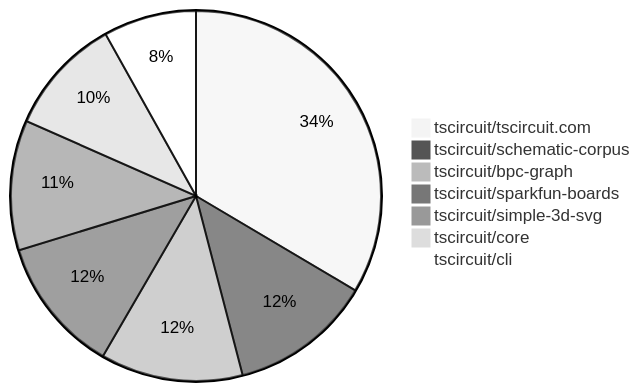
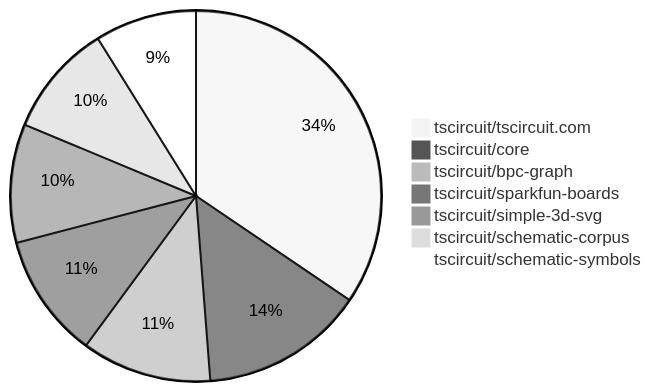
The second of 2 diagrams in README.md (tscircuit/contribution-tracker), drawn with Mermaid (neutral theme) before and after one commit. The commit also changed other lines of this file and 3 other files, not shown here.

````diff
--- a/README.md
+++ b/README.md
@@ -113,10 +113,10 @@
 ```mermaid
 pie
-    "tscircuit/tscircuit.com" : 62
-    "tscircuit/schematic-corpus" : 23
+    "tscircuit/tscircuit.com" : 70
+    "tscircuit/core" : 29
     "tscircuit/bpc-graph" : 23
     "tscircuit/sparkfun-boards" : 22
     "tscircuit/simple-3d-svg" : 21
-    "tscircuit/core" : 19
-    "tscircuit/cli" : 15
+    "tscircuit/schematic-corpus" : 20
+    "tscircuit/schematic-symbols" : 18
 ```
````
